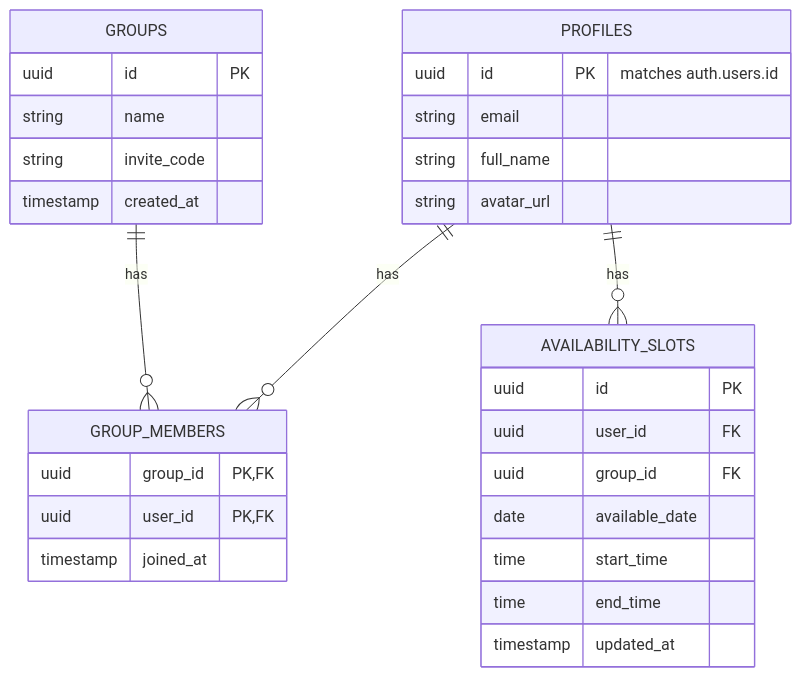
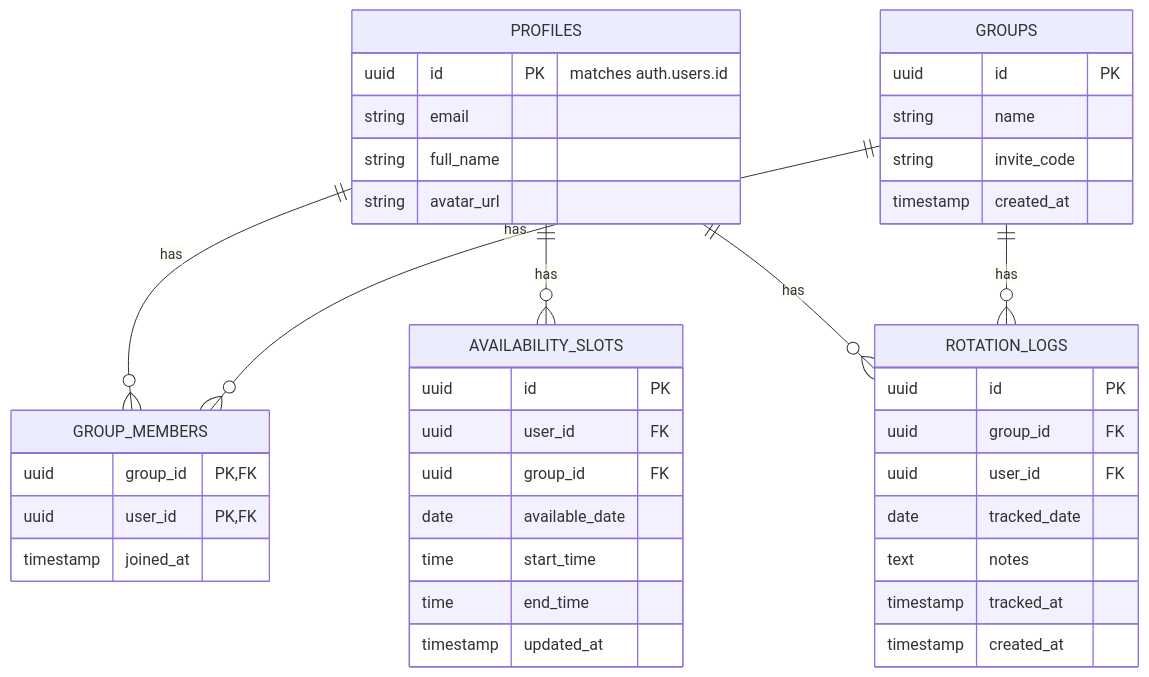
One commit to minhkhang1505/synctime_react changed the diagram in docs/database/schema.md. Above: the diagram before and after it, drawn with Mermaid. The commit also changed other lines of this file and 5 other files, not shown here.

Commit message:
feat: implement rotation tracking feature with database schema, API service, and UI page

````diff
--- a/docs/database/schema.md
+++ b/docs/database/schema.md
@@ -7,32 +7,43 @@
 ```mermaid
 erDiagram
     PROFILES ||--o{ GROUP_MEMBERS : "has"
     PROFILES ||--o{ AVAILABILITY_SLOTS : "has"
+    PROFILES ||--o{ ROTATION_LOGS : "has"
     GROUPS ||--o{ GROUP_MEMBERS : "has"
+    GROUPS ||--o{ ROTATION_LOGS : "has"
     GROUPS {
         uuid id PK
         string name
         string invite_code
         timestamp created_at
     }
     PROFILES {
         uuid id PK "matches auth.users.id"
         string email
         string full_name
         string avatar_url
     }
     GROUP_MEMBERS {
         uuid group_id PK, FK
         uuid user_id PK, FK
         timestamp joined_at
     }
     AVAILABILITY_SLOTS {
         uuid id PK
         uuid user_id FK
         uuid group_id FK
         date available_date
         time start_time
         time end_time
         timestamp updated_at
     }
+    ROTATION_LOGS {
+        uuid id PK
+        uuid group_id FK
+        uuid user_id FK
+        date tracked_date
+        text notes
+        timestamp tracked_at
+        timestamp created_at
+    }
 ```
````
